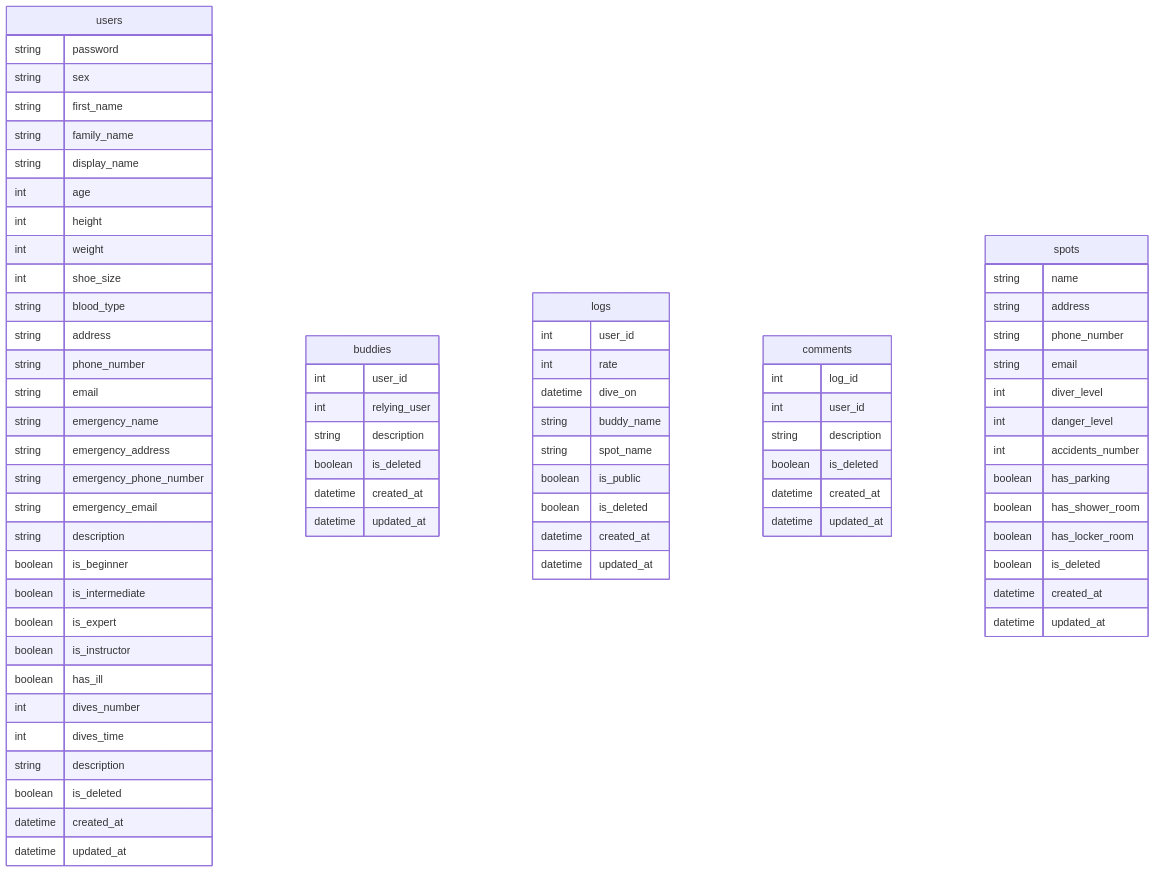
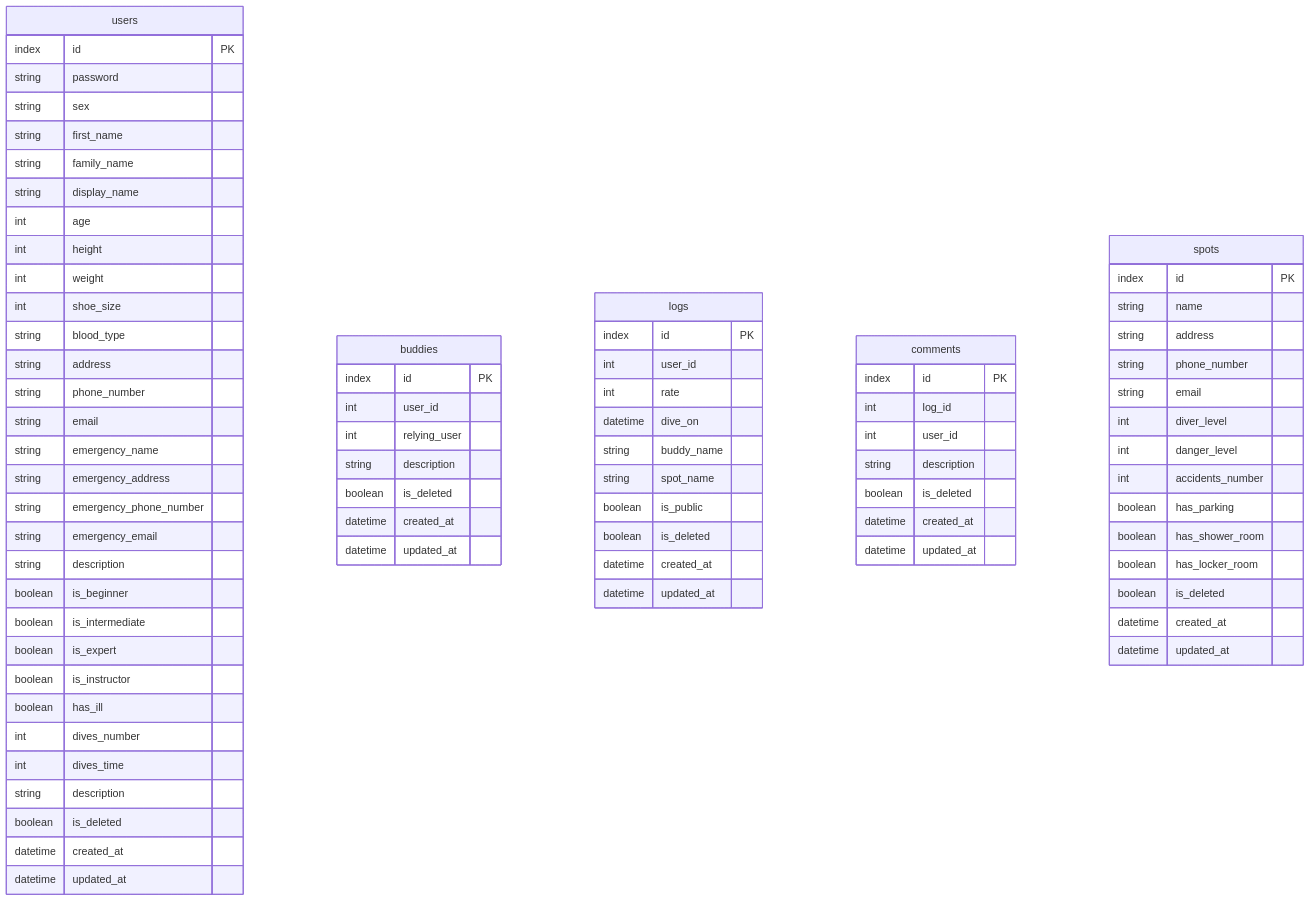
Before and after one commit to ito-hisanori/Sonar: the diagram in docs/ER.md, drawn with Mermaid.

```diff
--- a/docs/ER.md
+++ b/docs/ER.md
@@ -2,6 +2,7 @@
 
 erDiagram
   users {
+    index id PK
     string password
     string sex
     string first_name
@@ -34,6 +35,7 @@
   }
 
   buddies {
+    index id PK
     int user_id
     int relying_user
     string description
@@ -43,6 +45,7 @@
   }
 
   logs {
+    index id PK
     int user_id
     int rate
     datetime dive_on
@@ -55,6 +58,7 @@
   }
 
   comments {
+    index id PK
     int log_id
     int user_id
     string description
@@ -65,6 +69,7 @@
 
   
   spots {
+    index id PK
     string name
     string address
     string phone_number
```
